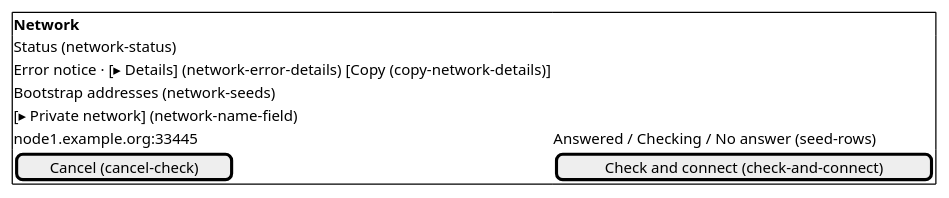
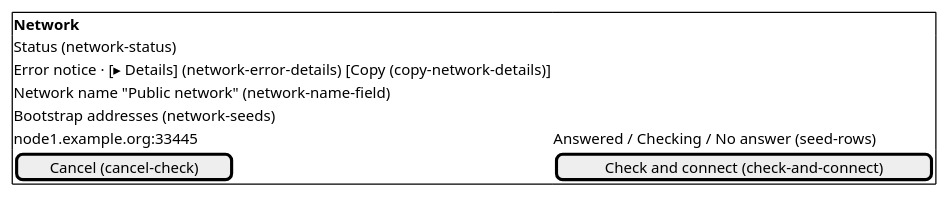
The eighth of 14 diagrams in docs/design/desktop-screens.md (abbat/dyapp), drawn with PlantUML before and after one commit. The commit also changed other lines of this file and 8 other files, not shown here.

````diff
--- a/docs/design/desktop-screens.md
+++ b/docs/design/desktop-screens.md
@@ -141,13 +145,13 @@
 ```plantuml
 @startsalt
 {+
 <b>Network
 Status (network-status)
 Error notice · [▸ Details] (network-error-details) [Copy (copy-network-details)]
+Network name "Public network" (network-name-field)
 Bootstrap addresses (network-seeds)
-[▸ Private network] (network-name-field)
 node1.example.org:33445 | Answered / Checking / No answer (seed-rows)
 [Cancel (cancel-check)] | [Check and connect (check-and-connect)]
 }
 @endsalt
 ```
````
